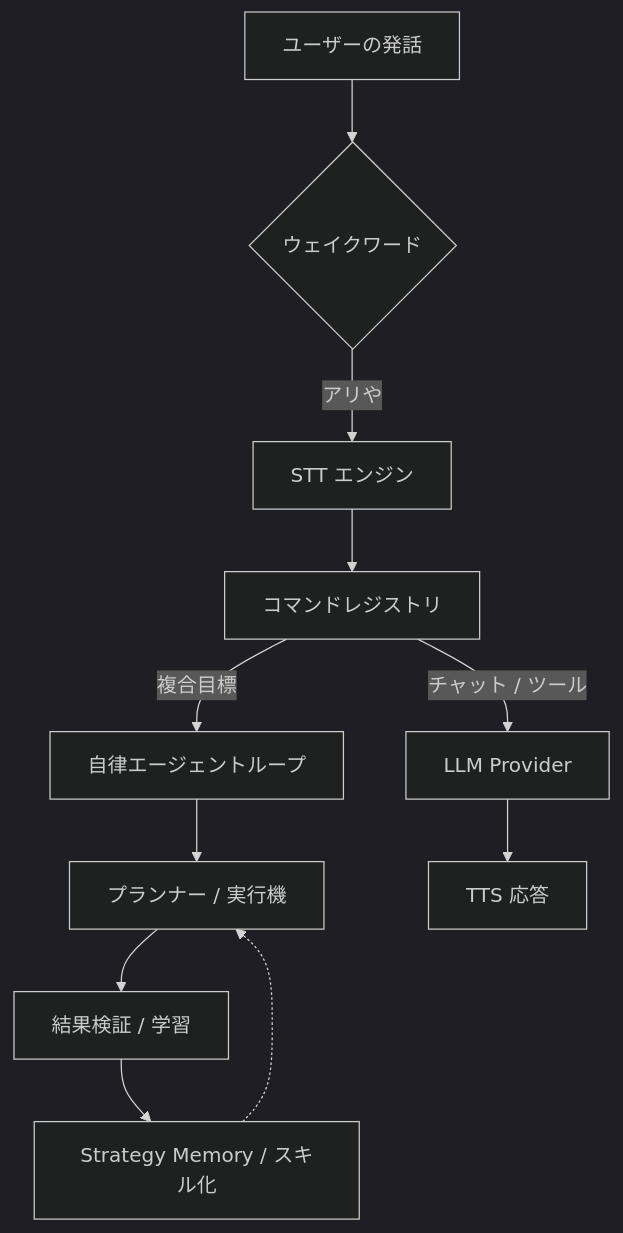
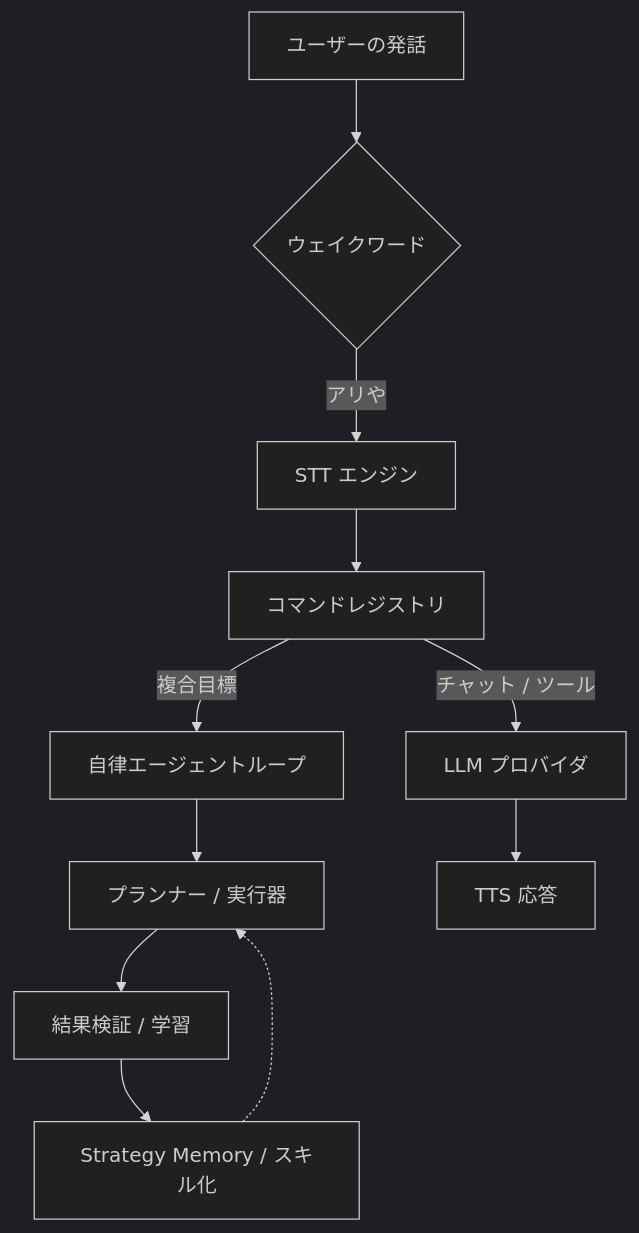
The diagram in README.ja.md (DO0OG/AI-Assistant), drawn with Mermaid (dark theme) before and after one commit. The commit also changed 2 other files, not shown here.

Commit message:
Docs: 문서 수정

````diff
--- a/README.ja.md
+++ b/README.ja.md
@@ -119,13 +119,13 @@
 ```mermaid
 graph TD
     A[ユーザーの発話] --> B{ウェイクワード}
     B -- "アリや" --> C[STT エンジン]
     C --> D[コマンドレジストリ]
     D -- "複合目標" --> E[自律エージェントループ]
-    E --> F[プランナー / 実行機]
+    E --> F[プランナー / 実行器]
     F --> G[結果検証 / 学習]
     G --> H[Strategy Memory / スキル化]
-    D -- "チャット / ツール" --> I[LLM Provider]
+    D -- "チャット / ツール" --> I[LLM プロバイダ]
     I --> J[TTS 応答]
     H -.-> F
 ```
````
